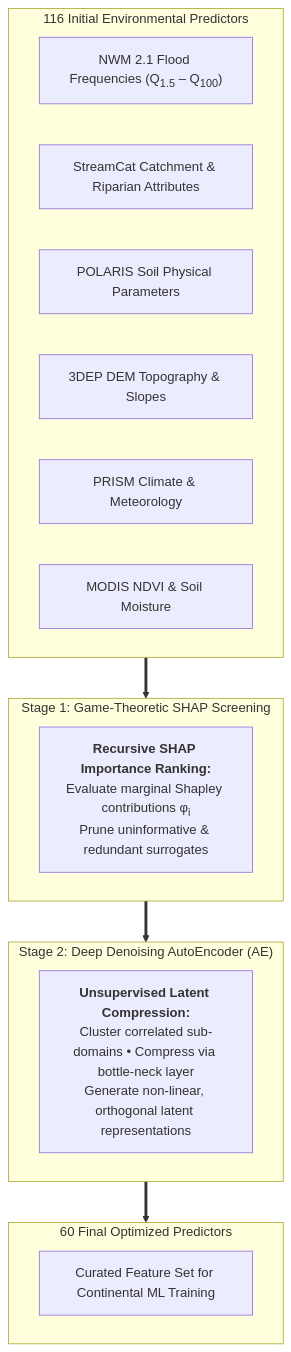
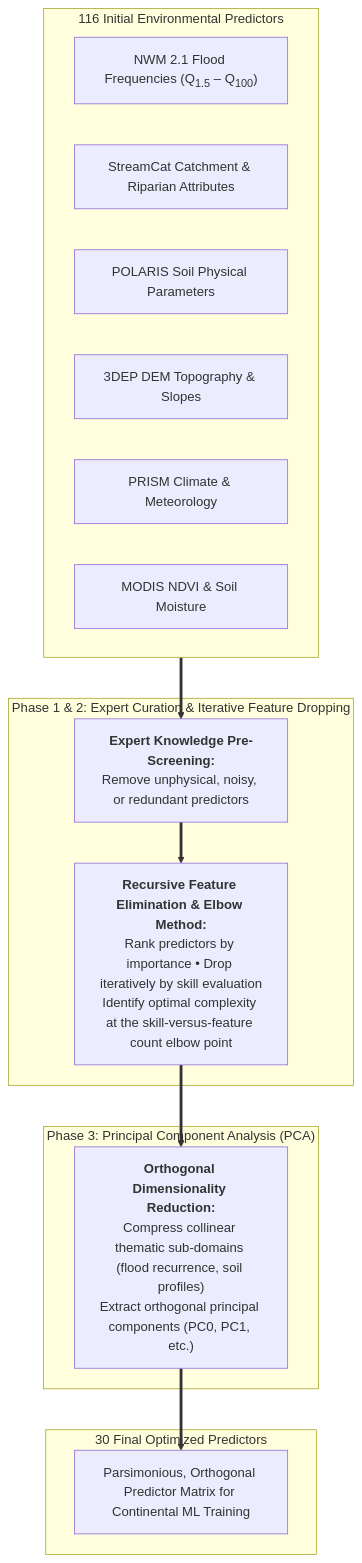
One commit to arashmodrad/ml_web changed the first of 3 diagrams in docs/v1.0/overview/methods.md. Above: the diagram before and after it, drawn with Mermaid. The commit also changed other lines of this file and 40 other files, not shown here.

````diff
--- a/docs/v1.0/overview/methods.md
+++ b/docs/v1.0/overview/methods.md
@@ -16,29 +16,32 @@
 ```mermaid
 flowchart TD
     subgraph S1 ["116 Initial Environmental Predictors"]
         P1["NWM 2.1 Flood Frequencies (Q<sub>1.5</sub> &ndash; Q<sub>100</sub>)"]
         P2["StreamCat Catchment & Riparian Attributes"]
         P3["POLARIS Soil Physical Parameters"]
         P4["3DEP DEM Topography & Slopes"]
         P5["PRISM Climate & Meteorology"]
         P6["MODIS NDVI & Soil Moisture"]
     end
 
-    subgraph S2 ["Stage 1: Game-Theoretic SHAP Screening"]
-        SHAP["<b>Recursive SHAP Importance Ranking:</b><br/>Evaluate marginal Shapley contributions &phi;<sub>i</sub><br/>Prune uninformative & redundant surrogates"]
+    subgraph S2 ["Phase 1 & 2: Expert Curation & Iterative Feature Dropping"]
+        EXP["<b>Expert Knowledge Pre-Screening:</b><br/>Remove unphysical, noisy, or redundant predictors"]
+        ELBOW["<b>Recursive Feature Elimination & Elbow Method:</b><br/>Rank predictors by importance &bull; Drop iteratively by skill evaluation<br/>Identify optimal complexity at the skill-versus-feature count elbow point"]
     end
 
-    subgraph S3 ["Stage 2: Deep Denoising AutoEncoder (AE)"]
-        AE["<b>Unsupervised Latent Compression:</b><br/>Cluster correlated sub-domains &bull; Compress via bottle-neck layer<br/>Generate non-linear, orthogonal latent representations"]
+    subgraph S3 ["Phase 3: Principal Component Analysis (PCA)"]
+        PCA["<b>Orthogonal Dimensionality Reduction:</b><br/>Compress collinear thematic sub-domains (flood recurrence, soil profiles)<br/>Extract orthogonal principal components (PC0, PC1, etc.)"]
     end
 
-    subgraph S4 ["60 Final Optimized Predictors"]
-        FINAL["Curated Feature Set for Continental ML Training"]
+    subgraph S4 ["30 Final Optimized Predictors"]
+        FINAL["Parsimonious, Orthogonal Predictor Matrix for Continental ML Training"]
     end
 
-    S1 ==> S2 ==> S3 ==> S4
+    S1 ==> EXP ==> ELBOW ==> PCA ==> FINAL
 
     class S1 highlight-blue;
-    class S2 highlight-orange;
-    class S3 highlight-teal;
+    class EXP highlight-blue;
+    class ELBOW highlight-orange;
+    class PCA highlight-teal;
+    class FINAL highlight-orange;
 ```
````
